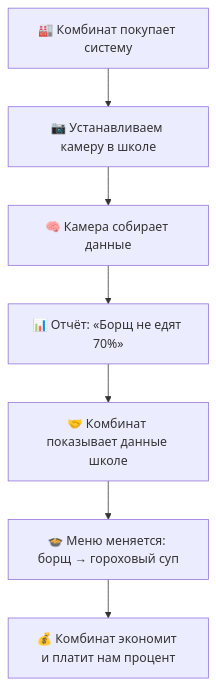
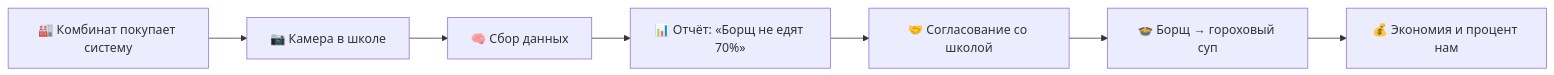
The diagram in README.md (Neahty/trayeye), drawn with Mermaid before and after one commit. The commit also changed other lines of this file, not shown here.

````diff
--- a/README.md
+++ b/README.md
@@ -81,9 +101,9 @@
 ```mermaid
-flowchart TD
-    A[🏭 Комбинат покупает систему] --> B[📷 Устанавливаем камеру в школе]
-    B --> C[🧠 Камера собирает данные]
+flowchart LR
+    A[🏭 Комбинат покупает систему] --> B[📷 Камера в школе]
+    B --> C[🧠 Сбор данных]
     C --> D["📊 Отчёт: «Борщ не едят 70%»"]
-    D --> E[🤝 Комбинат показывает данные школе]
-    E --> F[🍲 Меню меняется: борщ → гороховый суп]
-    F --> G[💰 Комбинат экономит и платит нам процент]
+    D --> E[🤝 Согласование со школой]
+    E --> F[🍲 Борщ → гороховый суп]
+    F --> G[💰 Экономия и процент нам]
 ```
````
